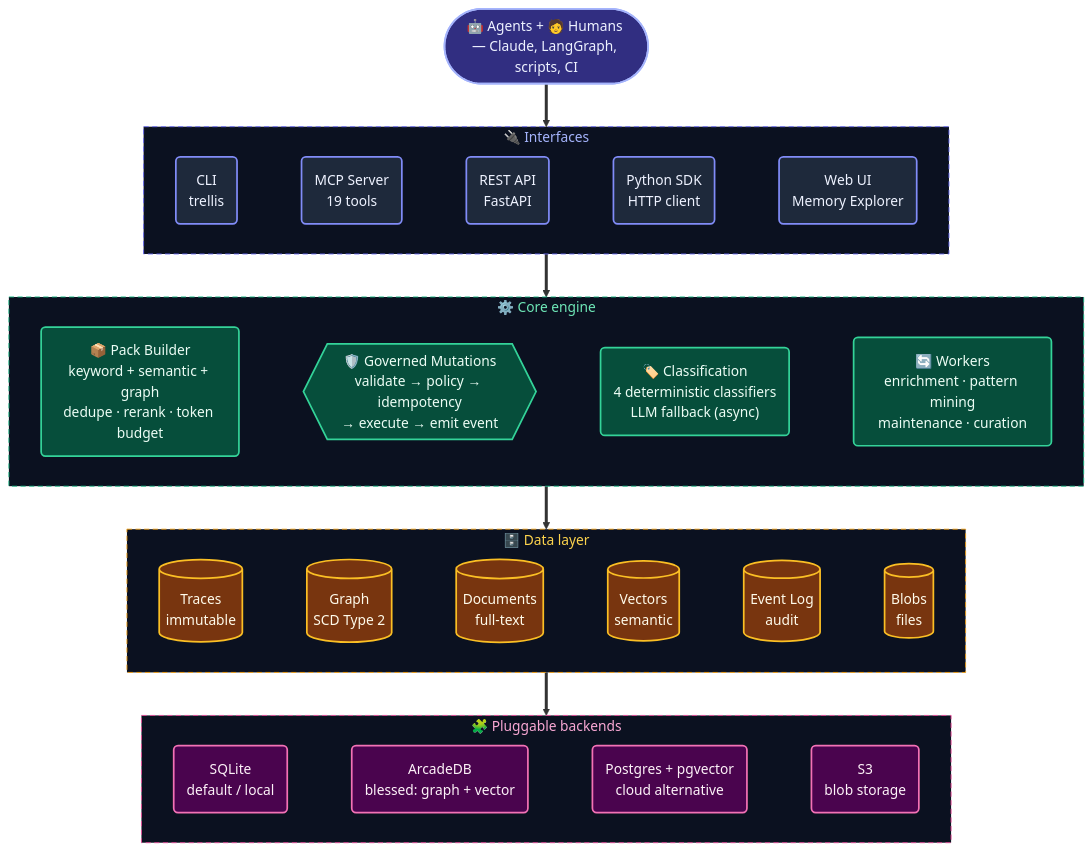
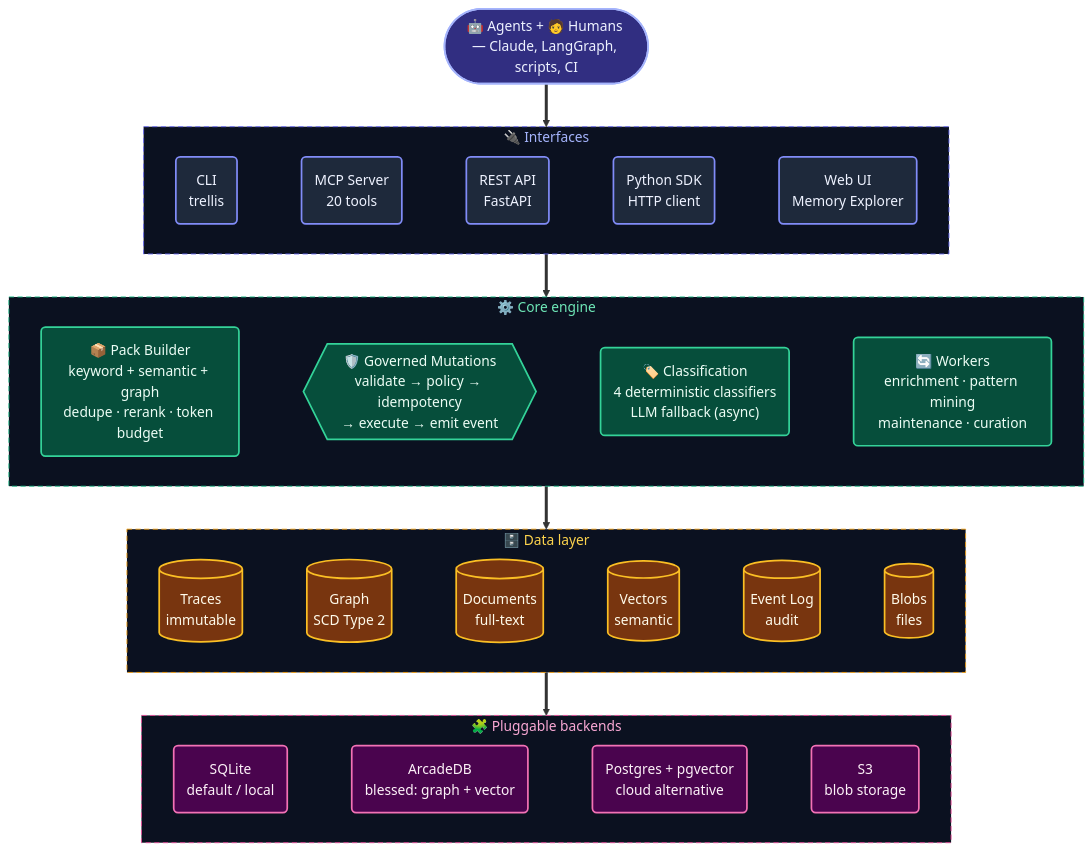
One commit to ronsse/trellis-ai changed the second of 6 diagrams in README.md. Above: the diagram before and after it, drawn with Mermaid. The commit also changed other lines of this file and 31 other files, not shown here.

````diff
--- a/README.md
+++ b/README.md
@@ -107,44 +107,44 @@
 ```mermaid
 flowchart TB
     Users(["🤖 Agents + 🧑 Humans — Claude, LangGraph, scripts, CI"])
 
     subgraph Interfaces["🔌 Interfaces"]
         direction LR
-        CLI("CLI<br/>trellis") ~~~ MCP("MCP Server<br/>19 tools") ~~~ REST("REST API<br/>FastAPI") ~~~ SDK("Python SDK<br/>HTTP client") ~~~ UI("Web UI<br/>Memory Explorer")
+        CLI("CLI<br/>trellis") ~~~ MCP("MCP Server<br/>20 tools") ~~~ REST("REST API<br/>FastAPI") ~~~ SDK("Python SDK<br/>HTTP client") ~~~ UI("Web UI<br/>Memory Explorer")
     end
 
     subgraph Core["⚙️ Core engine"]
         direction LR
         PB("📦 Pack Builder<br/>keyword + semantic + graph<br/>dedupe · rerank · token budget") ~~~ GP{{"🛡️ Governed Mutations<br/>validate → policy → idempotency<br/>→ execute → emit event"}} ~~~ CL("🏷️ Classification<br/>4 deterministic classifiers<br/>LLM fallback (async)") ~~~ WK("🔄 Workers<br/>enrichment · pattern mining<br/>maintenance · curation")
     end
 
     subgraph Data["🗄️ Data layer"]
         direction LR
         TR[("Traces<br/>immutable")] ~~~ GR[("Graph<br/>SCD Type 2")] ~~~ DO[("Documents<br/>full-text")] ~~~ VE[("Vectors<br/>semantic")] ~~~ EL[("Event Log<br/>audit")] ~~~ BL[("Blobs<br/>files")]
     end
 
     subgraph Backends["🧩 Pluggable backends"]
         direction LR
         SQ("SQLite<br/>default / local") ~~~ AR("ArcadeDB<br/>blessed: graph + vector") ~~~ PG("Postgres + pgvector<br/>cloud alternative") ~~~ S3("S3<br/>blob storage")
     end
 
     Users ==> Interfaces
     Interfaces ==> Core
     Core ==> Data
     Data ==> Backends
 
     classDef iface fill:#1e293b,stroke:#818cf8,stroke-width:2px,color:#eef2ff;
     classDef agent fill:#312e81,stroke:#a5b4fc,stroke-width:2px,color:#eef2ff;
     classDef core fill:#064e3b,stroke:#34d399,stroke-width:2px,color:#ecfdf5;
     classDef data fill:#78350f,stroke:#fbbf24,stroke-width:2px,color:#fffbeb;
     classDef back fill:#4a044e,stroke:#f472b6,stroke-width:2px,color:#fdf2f8;
     class CLI,MCP,REST,SDK,UI iface;
     class Users agent;
     class PB,GP,CL,WK core;
     class TR,GR,DO,VE,EL,BL data;
     class SQ,PG,S3,AR back;
     style Interfaces fill:#0b1120,stroke:#6366f1,stroke-width:1px,stroke-dasharray:6 4,color:#a5b4fc;
     style Core fill:#0b1120,stroke:#10b981,stroke-width:1px,stroke-dasharray:6 4,color:#6ee7b7;
     style Data fill:#0b1120,stroke:#f59e0b,stroke-width:1px,stroke-dasharray:6 4,color:#fcd34d;
     style Backends fill:#0b1120,stroke:#ec4899,stroke-width:1px,stroke-dasharray:6 4,color:#f9a8d4;
 ```
````
